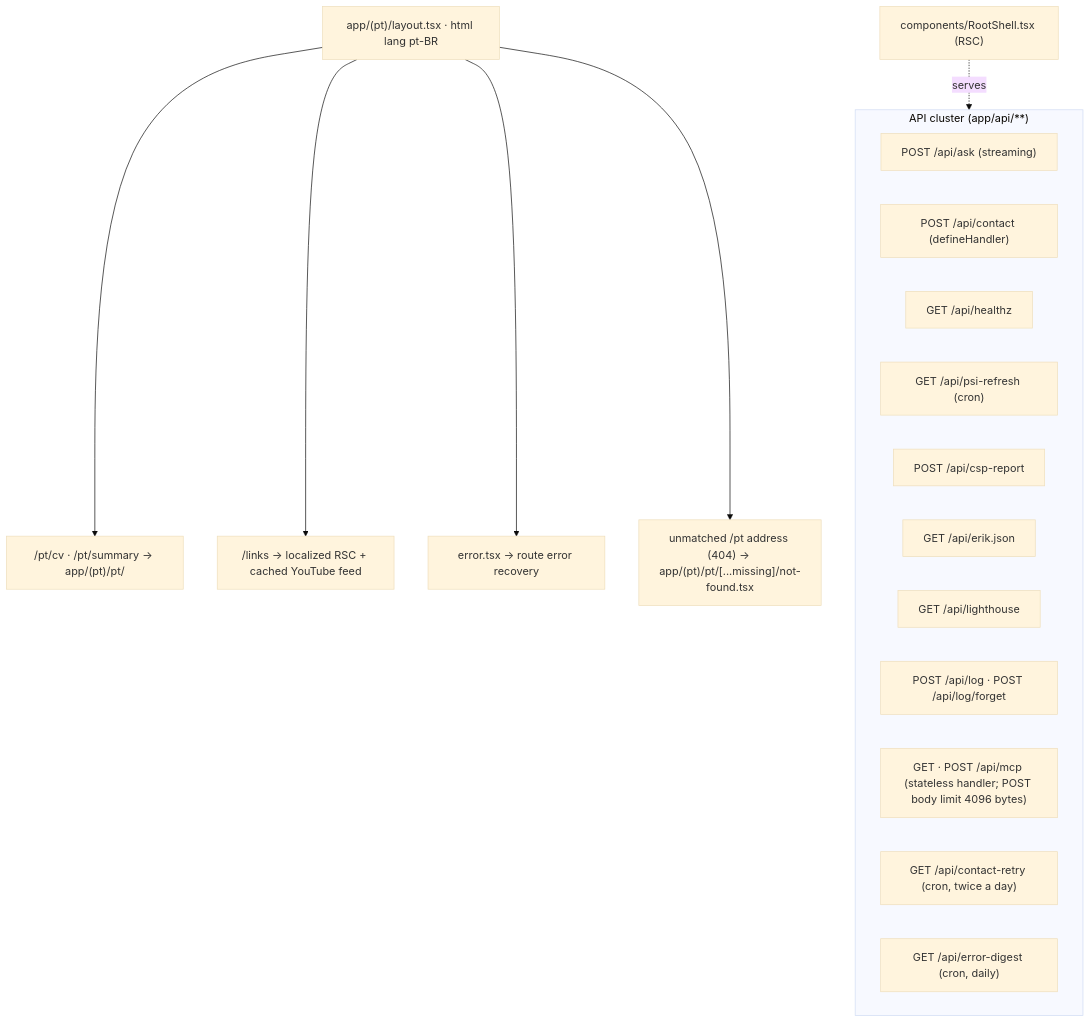
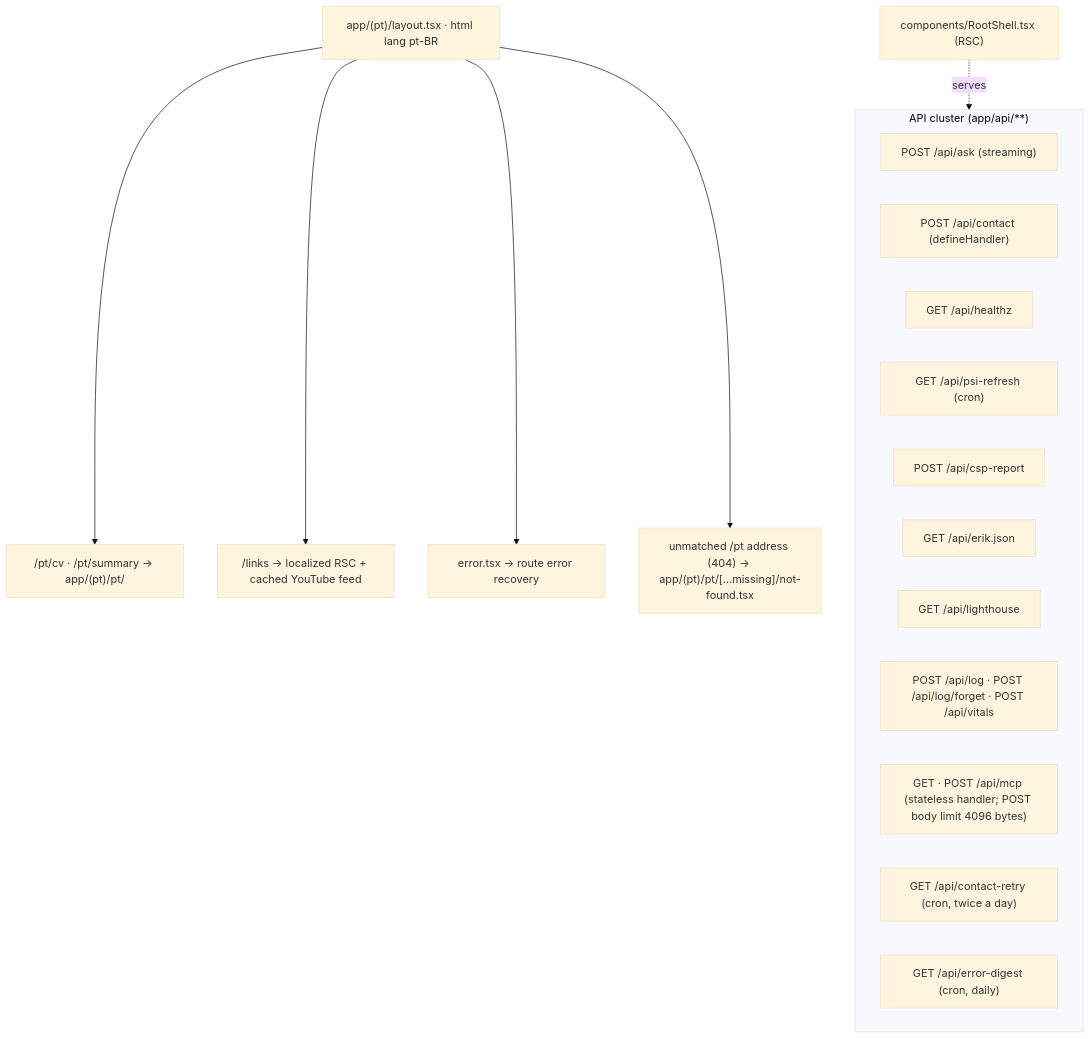
The third of 14 diagrams in docs/03-rendering-and-data-flow.md (erikunha/portfolio), drawn with Mermaid (base theme) before and after one commit. The commit also changed 41 other files, not shown here.

First line of the commit message:
feat(observability): collect field LCP, INP and CLS attribution at /api/vitals (#452)

````diff
--- a/docs/03-rendering-and-data-flow.md
+++ b/docs/03-rendering-and-data-flow.md
@@ -52,22 +52,22 @@
 ```mermaid
 flowchart TD
     layoutPt["app/(pt)/layout.tsx · html lang pt-BR"]
     layoutPt --> ptReading["/pt/cv · /pt/summary -> app/(pt)/pt/"]
     layoutPt --> linksPt["/links -> localized RSC + cached YouTube feed"]
     layoutPt --> errorsPt["error.tsx -> route error recovery"]
     layoutPt --> nfPt["unmatched /pt address (404) -> app/(pt)/pt/[...missing]/not-found.tsx"]
     shell["components/RootShell.tsx (RSC)"] -.serves.-> api
     subgraph api["API cluster (app/api/**)"]
     api1["POST /api/ask (streaming)"]
     api2["POST /api/contact (defineHandler)"]
     api3["GET /api/healthz"]
     api4["GET /api/psi-refresh (cron)"]
     api5["POST /api/csp-report"]
     api6["GET /api/erik.json"]
     api7["GET /api/lighthouse"]
-    api8["POST /api/log · POST /api/log/forget"]
+    api8["POST /api/log · POST /api/log/forget · POST /api/vitals"]
     api9["GET · POST /api/mcp (stateless handler; POST body limit 4096 bytes)"]
     api10["GET /api/contact-retry (cron, twice a day)"]
     api11["GET /api/error-digest (cron, daily)"]
     end
 ```
````
